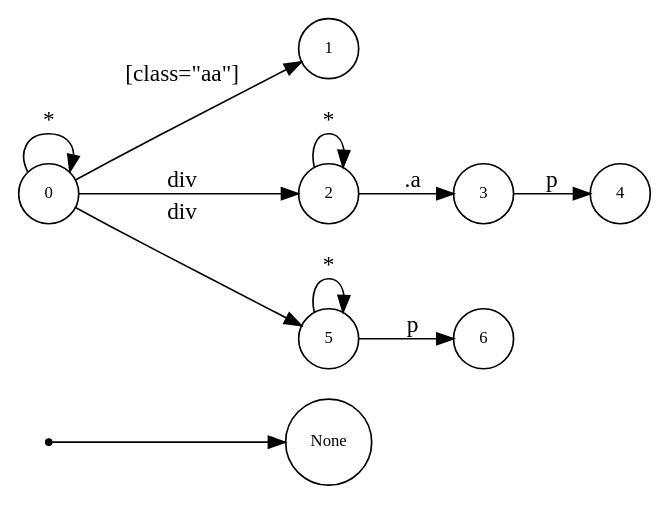
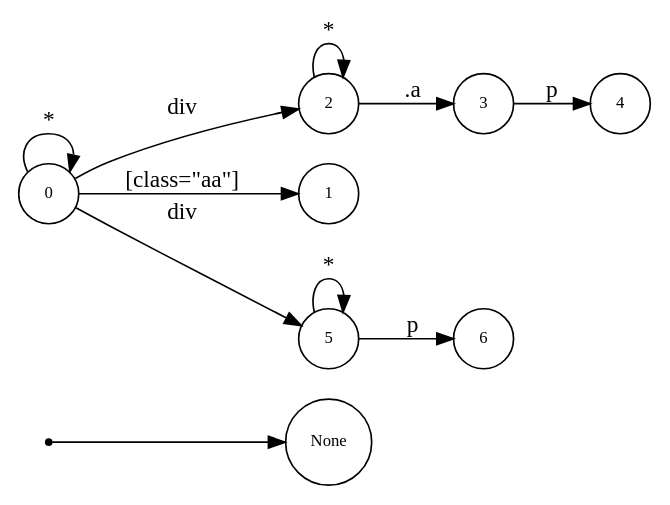
Before and after one commit to asukaminato0721/css-bitvector-compiler: the diagram in css-gen-op/testcase/dot_quad.dot, drawn with Graphviz. The commit also changed other lines of this file and 52 other files, not shown here.

```diff
--- a/css-gen-op/testcase/dot_quad.dot
+++ b/css-gen-op/testcase/dot_quad.dot
@@ -1,23 +1,23 @@
 digraph NFA {
   rankdir=LR;
   node [shape=circle, fontsize=10];
   __start [shape=point, label=""];
   __start -> None;
-  1 [label="1"];
   2 [label="2"];
   3 [label="3"];
+  1 [label="1"];
   0 [label="0"];
   4 [label="4"];
+  6 [label="6"];
   5 [label="5"];
-  6 [label="6"];
   { node [shape=doublecircle]; 1 4 6 }
   0 -> 0 [label="*"];
   0 -> 1 [label="[class=\"aa\"]"];
   0 -> 2 [label="div"];
   2 -> 2 [label="*"];
   2 -> 3 [label=".a"];
   3 -> 4 [label="p"];
   0 -> 5 [label="div"];
   5 -> 5 [label="*"];
   5 -> 6 [label="p"];
 }
```
